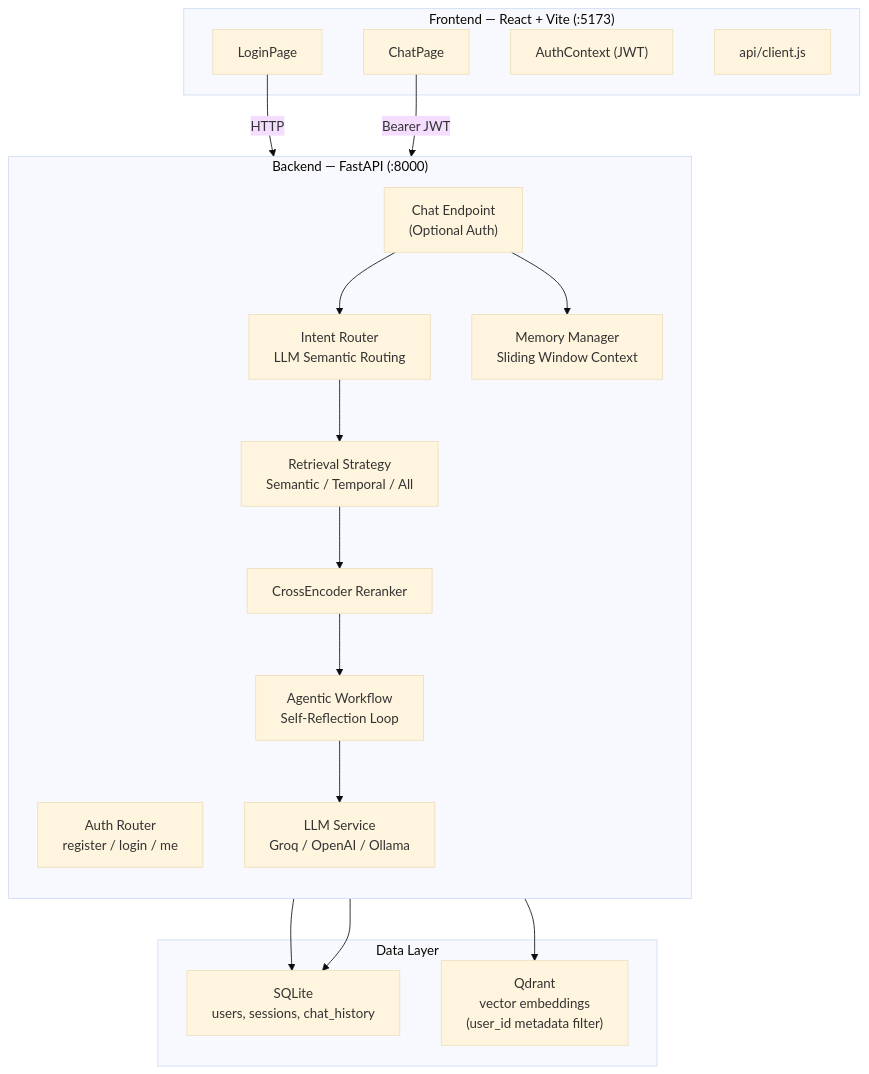
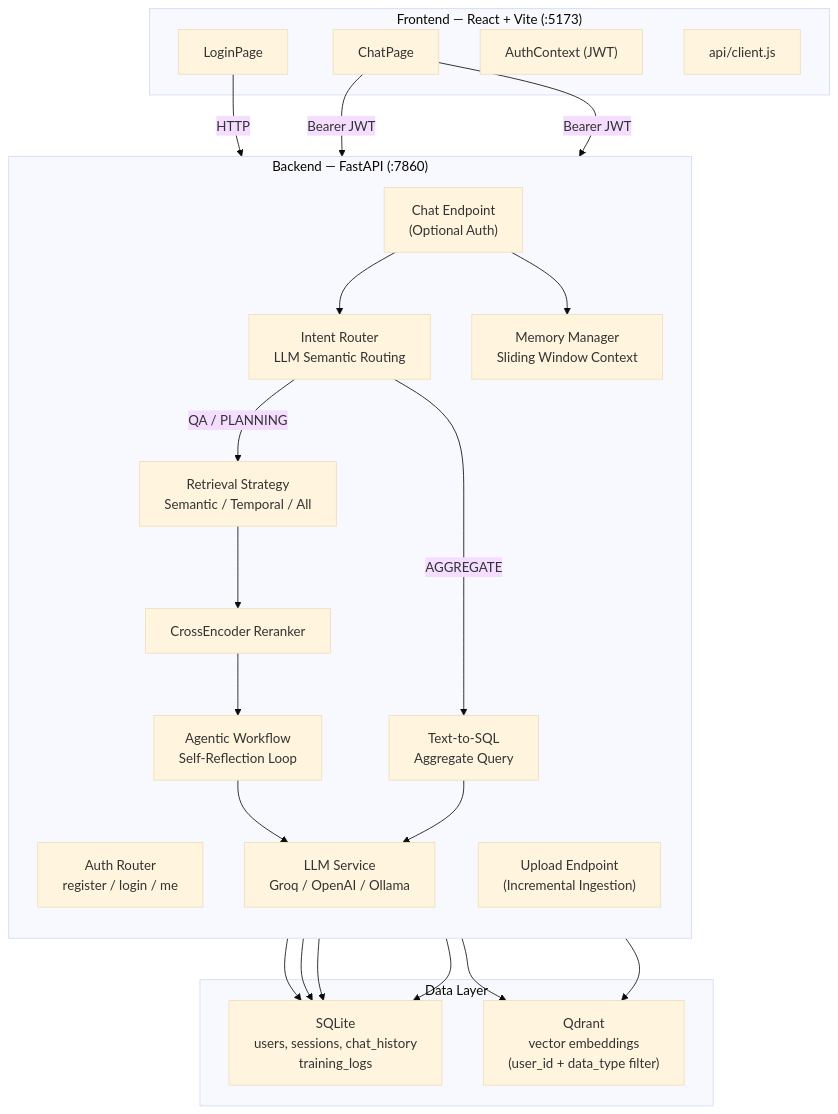
The first of 4 diagrams in README.md (wei9072/rag-fitness-coach), drawn with Mermaid (base theme) before and after one commit. The commit also changed other lines of this file and 1 other file, not shown here.

````diff
--- a/README.md
+++ b/README.md
@@ -62,33 +63,41 @@
 ```mermaid
 graph TB
     subgraph "Frontend — React + Vite (:5173)"
         F1["LoginPage"]
         F2["ChatPage"]
         F3["AuthContext (JWT)"]
         F4["api/client.js"]
     end
     
-    subgraph "Backend — FastAPI (:8000)"
+    subgraph "Backend — FastAPI (:7860)"
         direction TB
         B_AUTH["Auth Router<br/>register / login / me"]
         B_CHAT["Chat Endpoint<br/>(Optional Auth)"]
+        B_UPLOAD["Upload Endpoint<br/>(Incremental Ingestion)"]
         B_ROUTER["Intent Router<br/>LLM Semantic Routing"]
         B_AGENT["Agentic Workflow<br/>Self-Reflection Loop"]
+        B_SQL["Text-to-SQL<br/>Aggregate Query"]
         B_RET["Retrieval Strategy<br/>Semantic / Temporal / All"]
         B_RERANK["CrossEncoder Reranker"]
         B_LLM["LLM Service<br/>Groq / OpenAI / Ollama"]
         B_MEM["Memory Manager<br/>Sliding Window Context"]
     end
     
     subgraph "Data Layer"
-        D1["SQLite<br/>users, sessions, chat_history"]
-        D2["Qdrant<br/>vector embeddings<br/>(user_id metadata filter)"]
+        D1["SQLite<br/>users, sessions, chat_history<br/>training_logs"]
+        D2["Qdrant<br/>vector embeddings<br/>(user_id + data_type filter)"]
     end
     
     F1 -->|"HTTP"| B_AUTH
     F2 -->|"Bearer JWT"| B_CHAT
-    B_CHAT --> B_ROUTER --> B_RET --> B_RERANK --> B_AGENT --> B_LLM
+    F2 -->|"Bearer JWT"| B_UPLOAD
+    B_CHAT --> B_ROUTER
+    B_ROUTER -->|"QA / PLANNING"| B_RET --> B_RERANK --> B_AGENT --> B_LLM
+    B_ROUTER -->|"AGGREGATE"| B_SQL --> B_LLM
     B_CHAT --> B_MEM --> D1
     B_RET --> D2
+    B_SQL --> D1
+    B_UPLOAD --> D2
+    B_UPLOAD --> D1
     B_AUTH --> D1
 ```
````
